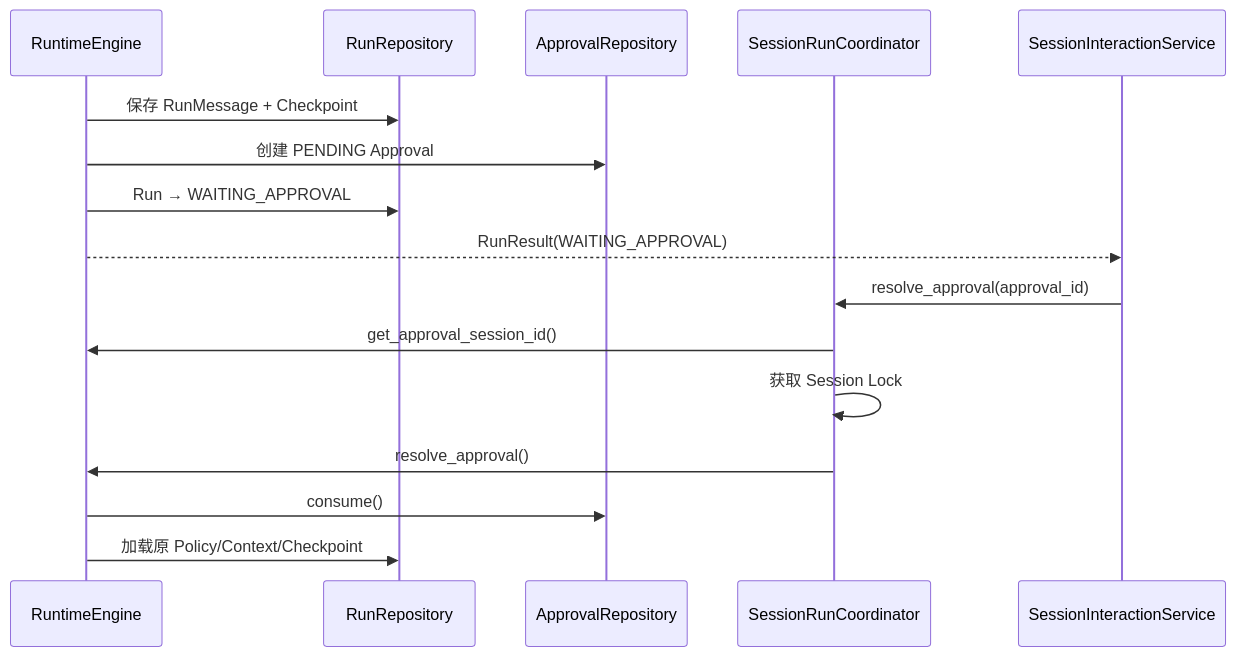
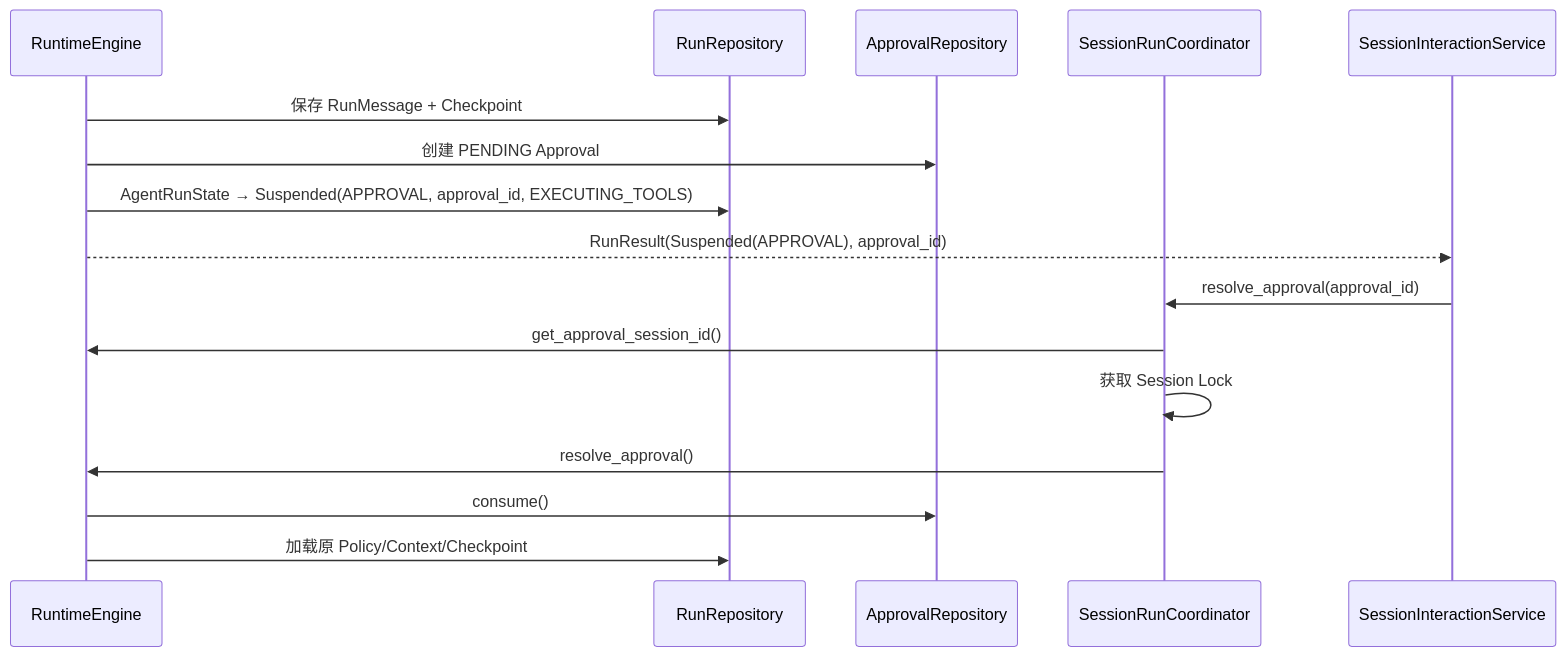
Diagram 15 of 22 in docs/wiki/Session 模块总体说明.md (aandbcct/dotClaw), drawn with Mermaid before and after one commit. The commit also changed other lines of this file and 12 other files, not shown here.

````diff
--- a/docs/wiki/Session 模块总体说明.md
+++ b/docs/wiki/Session 模块总体说明.md
@@ -1312,20 +1308,20 @@
 ```mermaid
 sequenceDiagram
     participant Engine as RuntimeEngine
     participant RunRepo as RunRepository
     participant Approval as ApprovalRepository
     participant Coord as SessionRunCoordinator
     participant Entry as SessionInteractionService
 
     Engine->>RunRepo: 保存 RunMessage + Checkpoint
     Engine->>Approval: 创建 PENDING Approval
-    Engine->>RunRepo: Run → WAITING_APPROVAL
-    Engine-->>Entry: RunResult(WAITING_APPROVAL)
+    Engine->>RunRepo: AgentRunState → Suspended(APPROVAL, approval_id, EXECUTING_TOOLS)
+    Engine-->>Entry: RunResult(Suspended(APPROVAL), approval_id)
 
     Entry->>Coord: resolve_approval(approval_id)
     Coord->>Engine: get_approval_session_id()
     Coord->>Coord: 获取 Session Lock
     Coord->>Engine: resolve_approval()
     Engine->>Approval: consume()
     Engine->>RunRepo: 加载原 Policy/Context/Checkpoint
 ```
````
